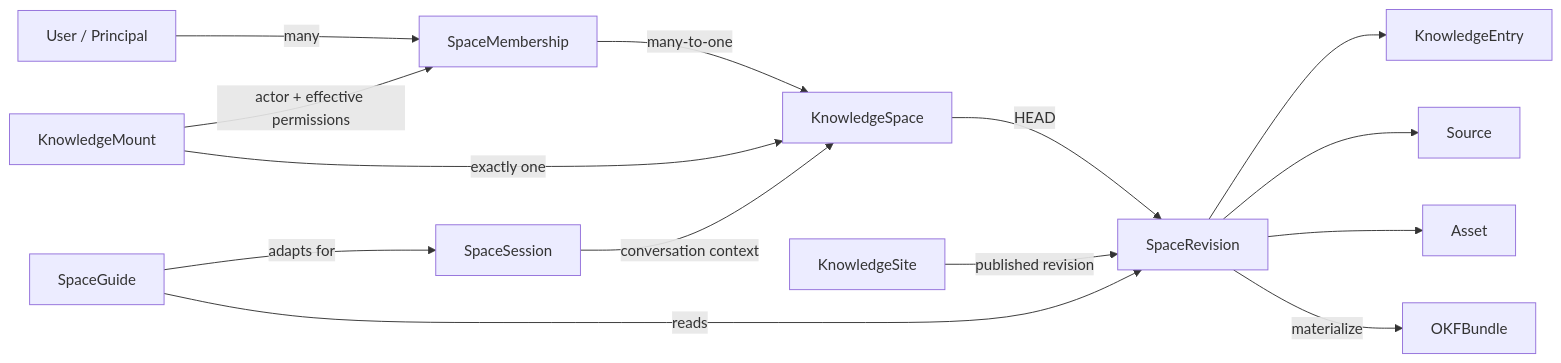
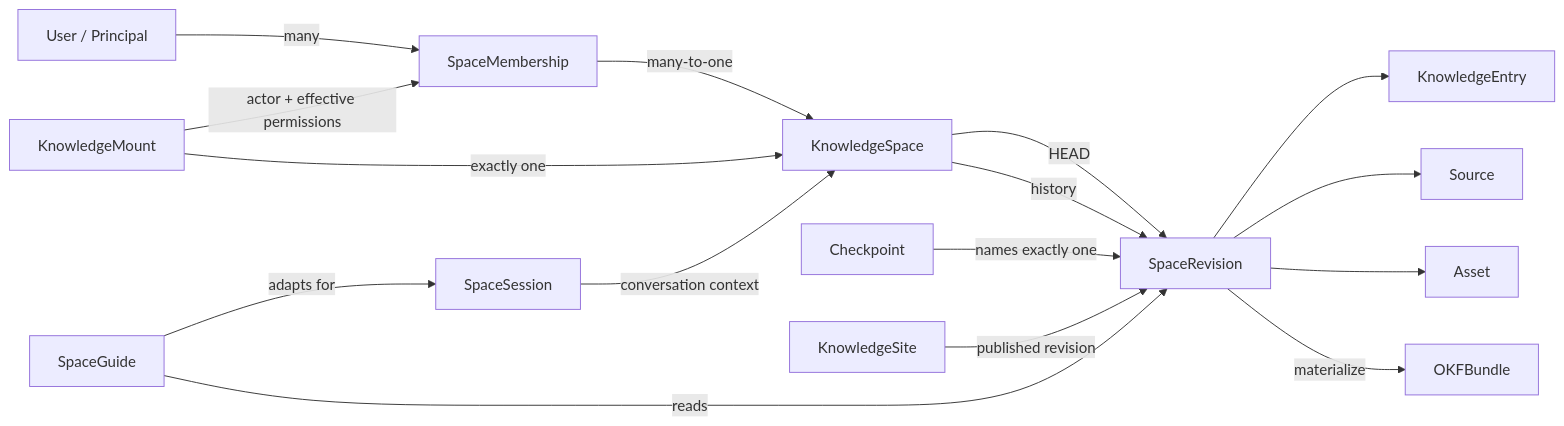
The diagram in docs/specs/domain-model.md (xxsrez/MindDiary), drawn with Mermaid before and after one commit. The commit also changed other lines of this file and 4 other files, not shown here.

Commit message:
Define read-only KnowledgeSpace history

````diff
--- a/docs/specs/domain-model.md
+++ b/docs/specs/domain-model.md
@@ -45,29 +47,32 @@
 ```mermaid
 flowchart LR
     User[User / Principal]
     Membership[SpaceMembership]
     Space[KnowledgeSpace]
     Revision[SpaceRevision]
+    Checkpoint[Checkpoint]
     Bundle[OKFBundle]
     Entry[KnowledgeEntry]
     Source[Source]
     Asset[Asset]
     Mount[KnowledgeMount]
     Site[KnowledgeSite]
     Session[SpaceSession]
     Guide[SpaceGuide]
 
     User -->|many| Membership
     Membership -->|many-to-one| Space
     Mount -->|actor + effective permissions| Membership
     Mount -->|exactly one| Space
     Space -->|HEAD| Revision
+    Space -->|history| Revision
+    Checkpoint -->|names exactly one| Revision
     Revision --> Entry
     Revision --> Source
     Revision --> Asset
     Revision -->|materialize| Bundle
     Site -->|published revision| Revision
     Session -->|conversation context| Space
     Guide -->|reads| Revision
     Guide -->|adapts for| Session
 ```
````
